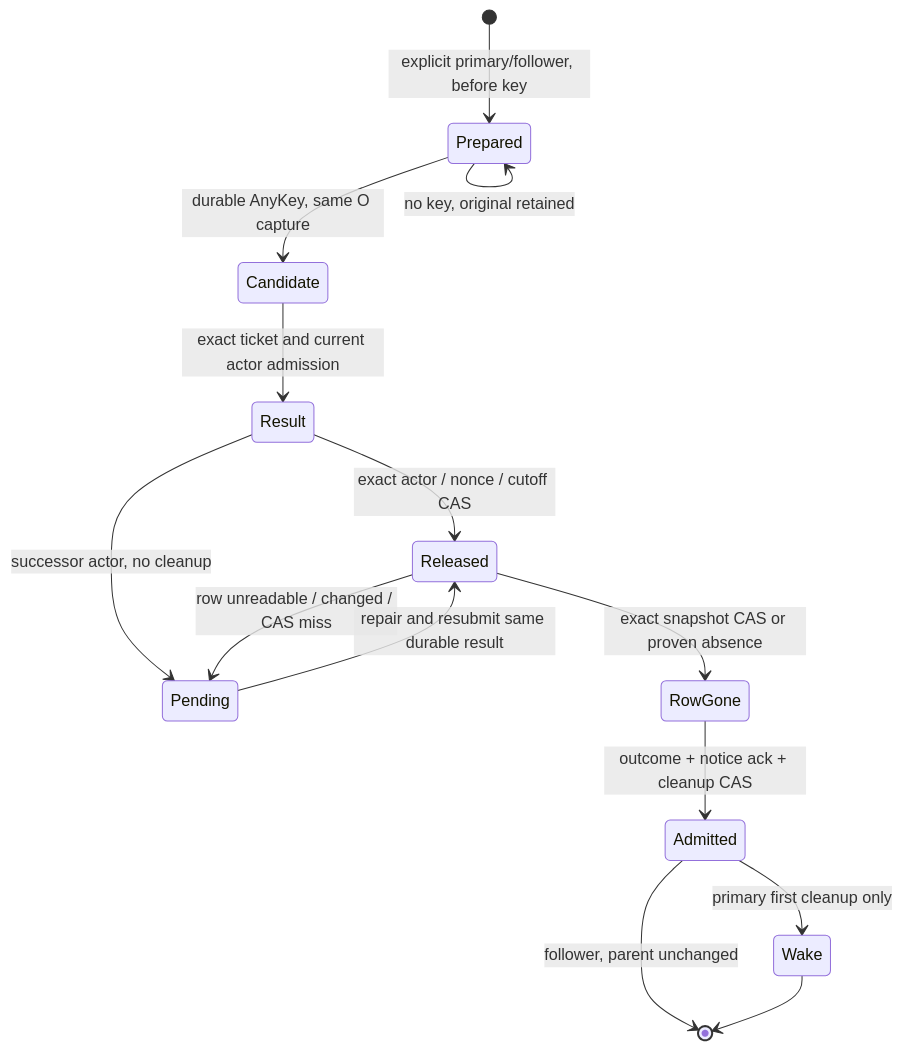
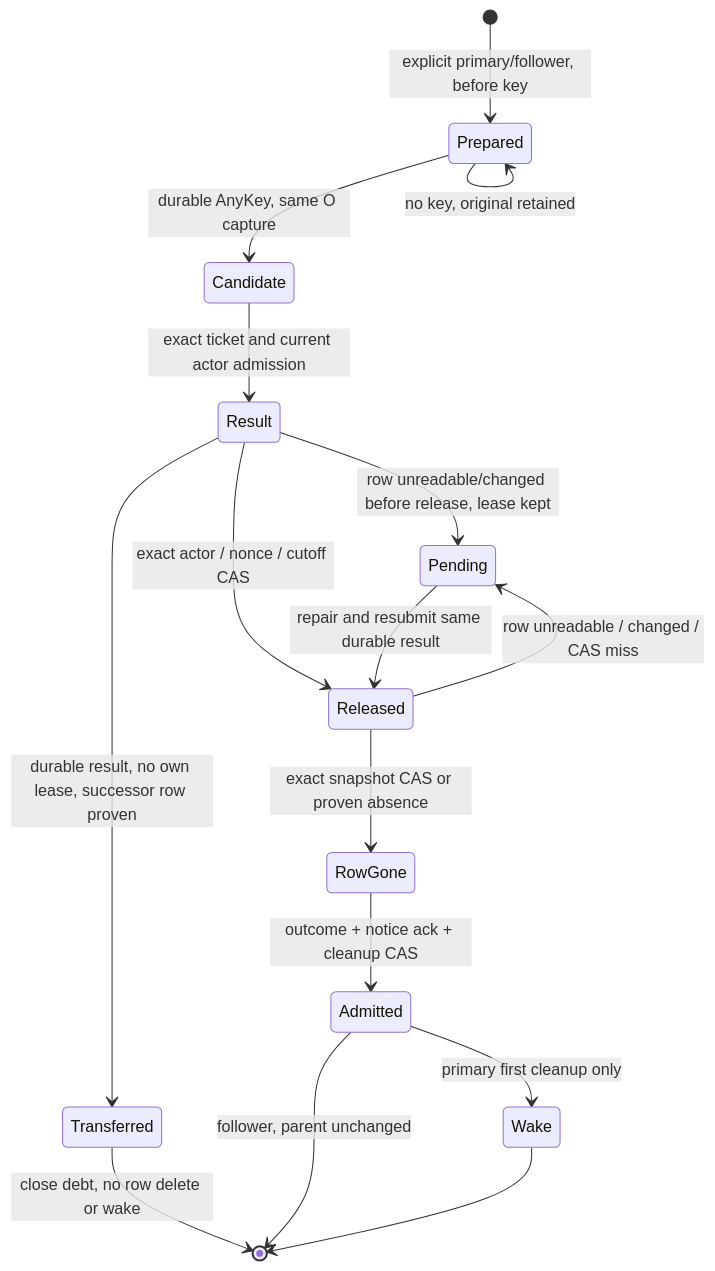
One commit to itismyfield/AgentDesk changed the diagram in docs/statecharts/input-single-path/native-attribution-b2b.chart.mmd. Above: the diagram before and after it, drawn with Mermaid. The commit also changed 35 other files, not shown here.

```diff
--- a/docs/statecharts/input-single-path/native-attribution-b2b.chart.mmd
+++ b/docs/statecharts/input-single-path/native-attribution-b2b.chart.mmd
@@ -1,14 +1,16 @@
 stateDiagram-v2
     [*] --> Prepared: explicit primary/follower, before key
     Prepared --> Prepared: no key, original retained
     Prepared --> Candidate: durable AnyKey, same O capture
     Candidate --> Result: exact ticket and current actor admission
+    Result --> Pending: row unreadable/changed before release, lease kept
     Result --> Released: exact actor / nonce / cutoff CAS
-    Result --> Pending: successor actor, no cleanup
+    Result --> Transferred: durable result, no own lease, successor row proven
+    Transferred --> [*]: close debt, no row delete or wake
     Released --> Pending: row unreadable / changed / CAS miss
     Pending --> Released: repair and resubmit same durable result
     Released --> RowGone: exact snapshot CAS or proven absence
     RowGone --> Admitted: outcome + notice ack + cleanup CAS
     Admitted --> Wake: primary first cleanup only
     Admitted --> [*]: follower, parent unchanged
     Wake --> [*]
```
